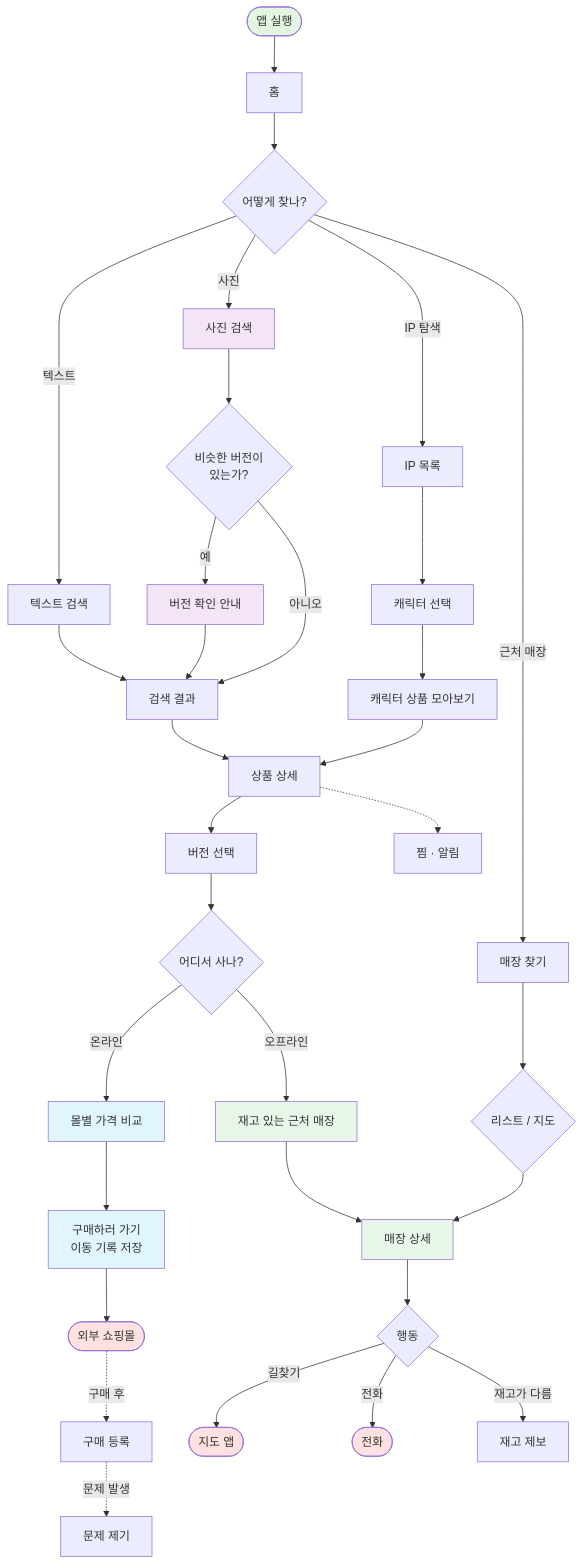
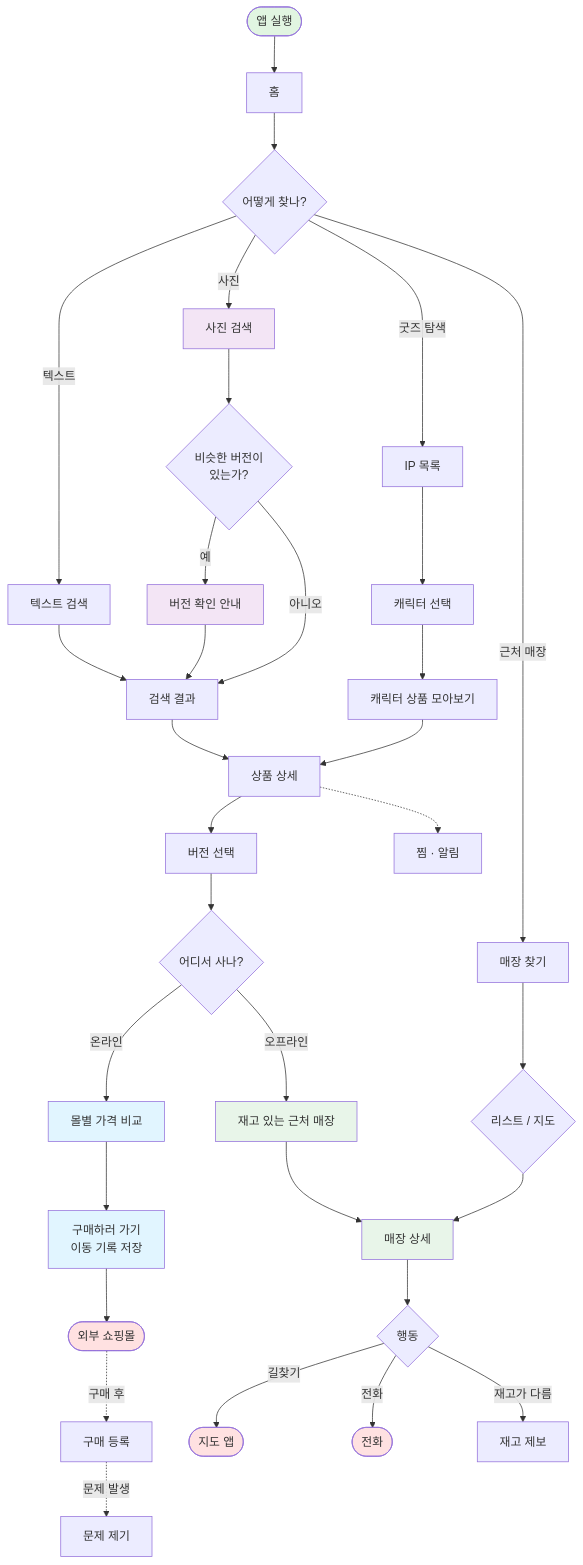
Before and after one commit to bloodmoon3929/goodmorning: the third of 3 diagrams in README.md, drawn with Mermaid. The commit also changed other lines of this file and 1 other file, not shown here.

````diff
--- a/README.md
+++ b/README.md
@@ -172,54 +172,54 @@
 ```mermaid
 flowchart TD
     Start([앱 실행]) --> Home[홈]
 
     Home --> Search{어떻게 찾나?}
     Search -->|텍스트| TextSearch[텍스트 검색]
     Search -->|사진| PhotoSearch[사진 검색]
-    Search -->|IP 탐색| IPList[IP 목록]
+    Search -->|굿즈 탐색| IPList[IP 목록]
     Search -->|근처 매장| StoreFind[매장 찾기]
 
     IPList --> CharList[캐릭터 선택]
     CharList --> CharProducts[캐릭터 상품 모아보기]
 
     TextSearch --> Results[검색 결과]
     PhotoSearch --> VersionCheck{비슷한 버전이<br/>있는가?}
     VersionCheck -->|예| VersionNotice[버전 확인 안내]
     VersionCheck -->|아니오| Results
     VersionNotice --> Results
 
     Results --> Detail[상품 상세]
     CharProducts --> Detail
 
     Detail --> Variant[버전 선택]
     Variant --> Channel{어디서 사나?}
     Channel -->|온라인| Online[몰별 가격 비교]
     Channel -->|오프라인| Offline[재고 있는 근처 매장]
 
     Online --> GoMall[구매하러 가기<br/>이동 기록 저장]
     GoMall --> ExtMall([외부 쇼핑몰])
 
     Offline --> StoreDetail[매장 상세]
     StoreFind --> ListMap{리스트 / 지도}
     ListMap --> StoreDetail
 
     StoreDetail --> Action{행동}
     Action -->|길찾기| MapApp([지도 앱])
     Action -->|전화| Call([전화])
     Action -->|재고가 다름| Report[재고 제보]
 
     Detail -.-> Wish[찜 · 알림]
     ExtMall -.구매 후.-> Purchase[구매 등록]
     Purchase -.문제 발생.-> Issue[문제 제기]
 
     style Start fill:#e1f5e1
     style ExtMall fill:#ffe1e1
     style MapApp fill:#ffe1e1
     style Call fill:#ffe1e1
     style Online fill:#e1f5ff
     style GoMall fill:#e1f5ff
     style Offline fill:#e8f5e9
     style StoreDetail fill:#e8f5e9
     style PhotoSearch fill:#f3e5f5
     style VersionNotice fill:#f3e5f5
 ```
````
